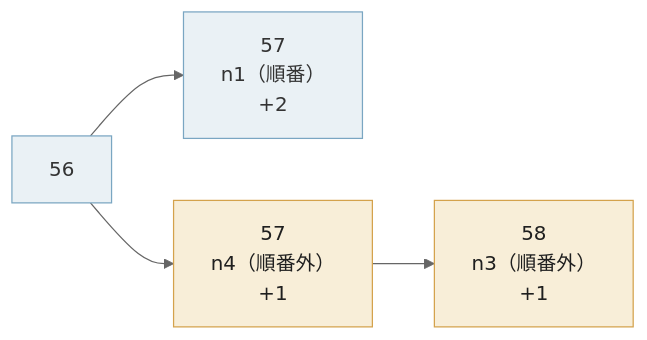
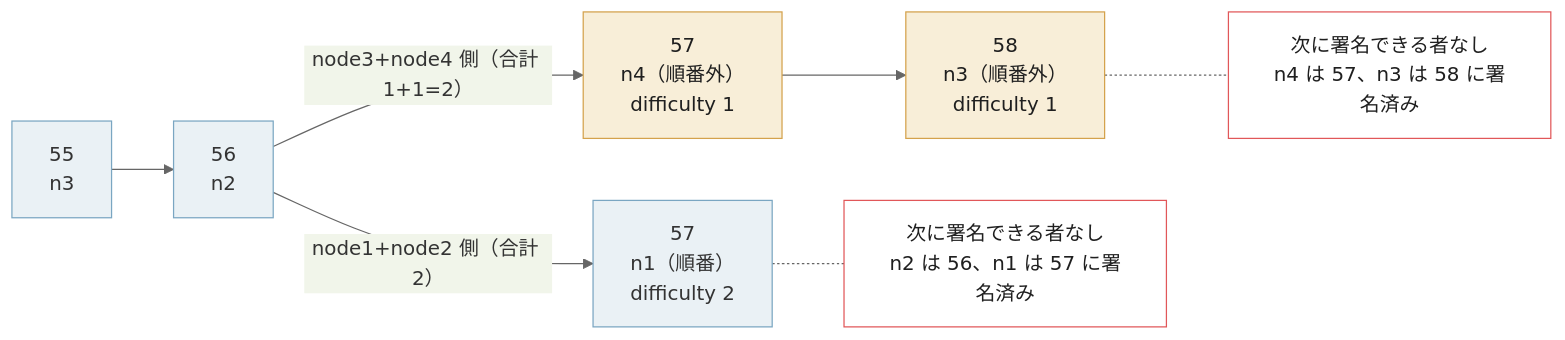
Before and after one commit to nao1215/debimate: the second of 3 diagrams in content/notes/blockchain-systems/proof-of-authority/index.md, drawn with Mermaid. The commit also changed other lines of this file and 53 other files, not shown here.

````diff
--- a/content/notes/blockchain-systems/proof-of-authority/index.md
+++ b/content/notes/blockchain-systems/proof-of-authority/index.md
@@ -248,9 +354,14 @@
 ```mermaid
 %%{init: {"theme":"base","themeVariables":{"primaryColor":"#eaf1f5","primaryBorderColor":"#7aa6c2","lineColor":"#666666","textColor":"#1f1f1f"}}}%%
 flowchart LR
-    B56["56"] --> L57["57<br/>n1（順番）<br/>+2"]
-    B56 --> R57["57<br/>n4（順番外）<br/>+1"]
-    R57 --> R58["58<br/>n3（順番外）<br/>+1"]
+    B55["55<br/>n3"] --> B56["56<br/>n2"]
+    B56 -- "node1+node2 側（合計 2）" --> L57["57<br/>n1（順番）<br/>difficulty 2"]
+    B56 -- "node3+node4 側（合計 1+1=2）" --> R57["57<br/>n4（順番外）<br/>difficulty 1"]
+    R57 --> R58["58<br/>n3（順番外）<br/>difficulty 1"]
+    L57 -.- LS["次に署名できる者なし<br/>n2 は 56、n1 は 57 に署名済み"]
+    R58 -.- RS["次に署名できる者なし<br/>n4 は 57、n3 は 58 に署名済み"]
     classDef side fill:#f8eed8,stroke:#d4a24c,color:#1f1f1f
     class R57,R58 side
+    classDef stop fill:#ffffff,stroke:#e15759,color:#1f1f1f
+    class LS,RS stop
 ```
````
